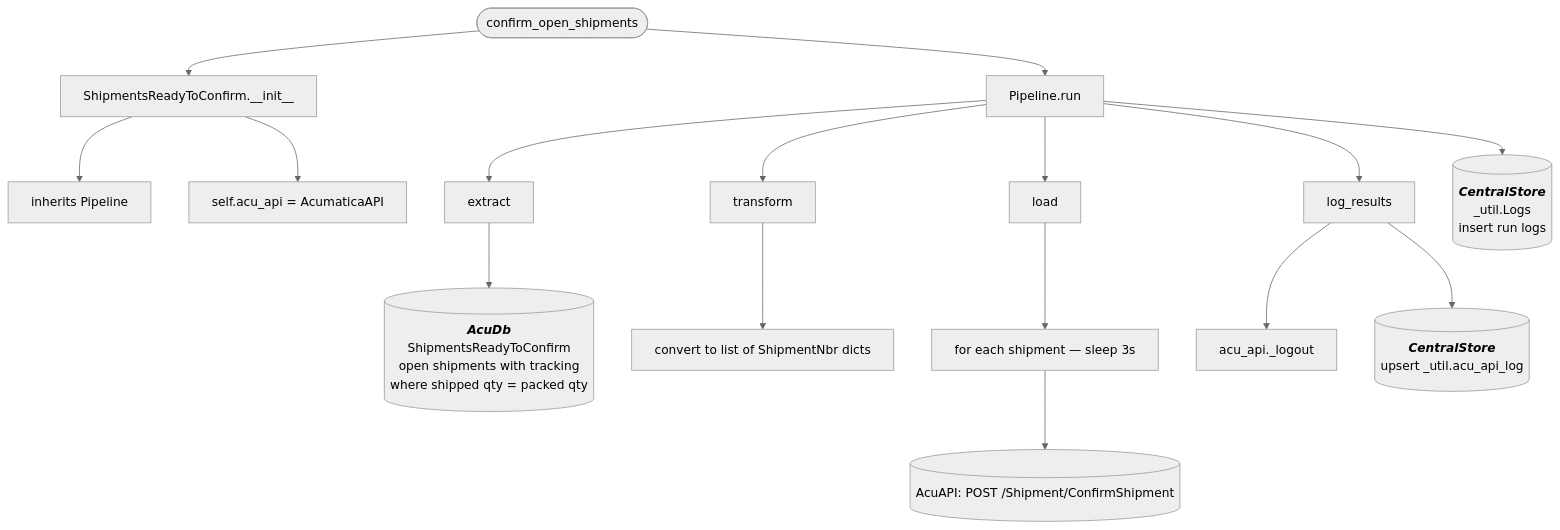
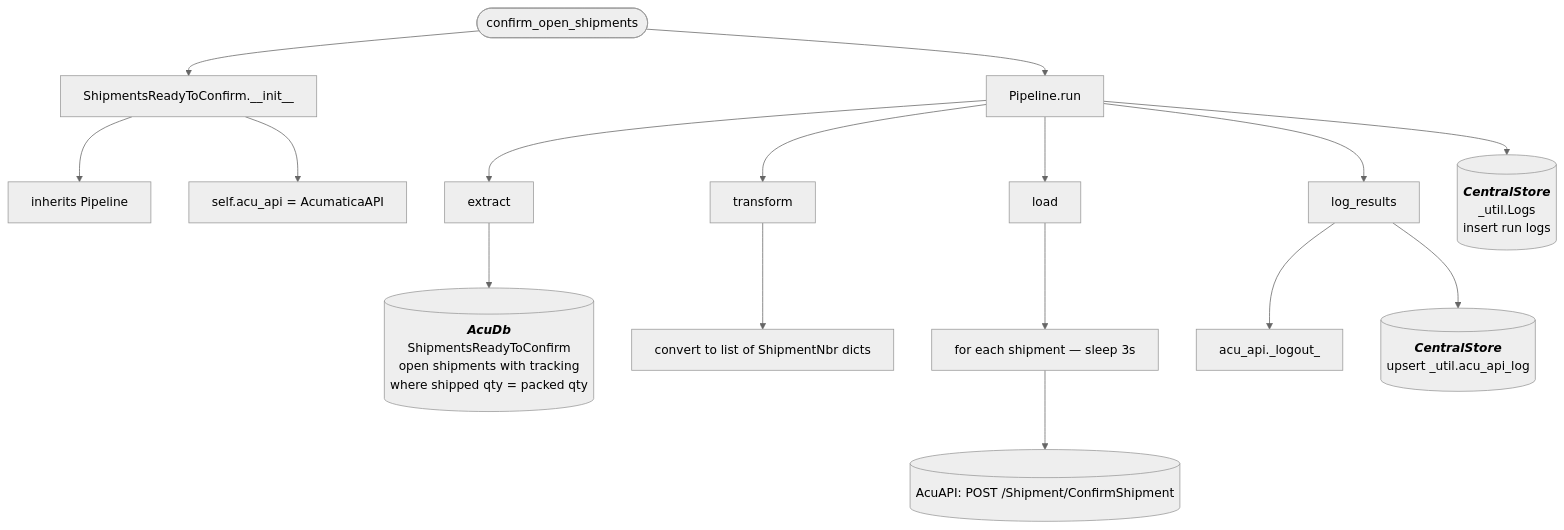
Before and after one commit to journeyhl/integration-platform: the diagram in docs/functions/confirm_acu_shipments.md, drawn with Mermaid (neutral theme). The commit also changed 30 other files, not shown here.

````diff
--- a/docs/functions/confirm_acu_shipments.md
+++ b/docs/functions/confirm_acu_shipments.md
@@ -18,33 +18,33 @@
 ```mermaid
 %%{init: {"flowchart": {"wrappingWidth": 400}}}%%
 flowchart TD
     A([confirm_open_shipments]) --> B[ShipmentsReadyToConfirm.__init__]
     B --> B1[inherits Pipeline]
     B --> B2[
         self.acu_api = AcumaticaAPI
     ]
     A --> RUN[Pipeline.run]
 
     RUN --> EX[extract]
     EX --> D1[(
         <b><i>AcuDb</i></b>
         ShipmentsReadyToConfirm<br/>open shipments with tracking<br/>where shipped qty = packed qty)]
 
     RUN --> TR[transform]
     TR --> T1[convert to list of ShipmentNbr dicts]
 
     RUN --> LD[load]
     LD --> LS[for each shipment — sleep 3s]
     LS --> L1[(AcuAPI: POST /Shipment/ConfirmShipment)]
 
     RUN --> LR[log_results]
-    LR --> LO[acu_api._logout]
+    LR --> LO[acu_api._logout_]
     LR --> UPS[(
         <b><i>CentralStore</i></b>
         upsert _util.acu_api_log
     )]
     RUN --> LOGS[(
         <b><i>CentralStore</i></b>
         _util.Logs<br/>insert run logs
     )]
 ```
````
